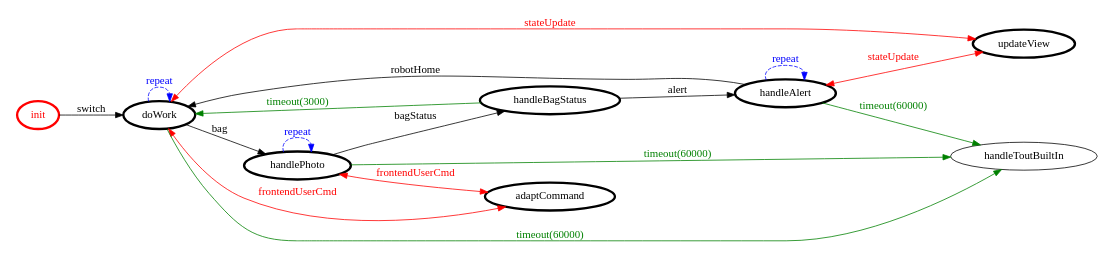
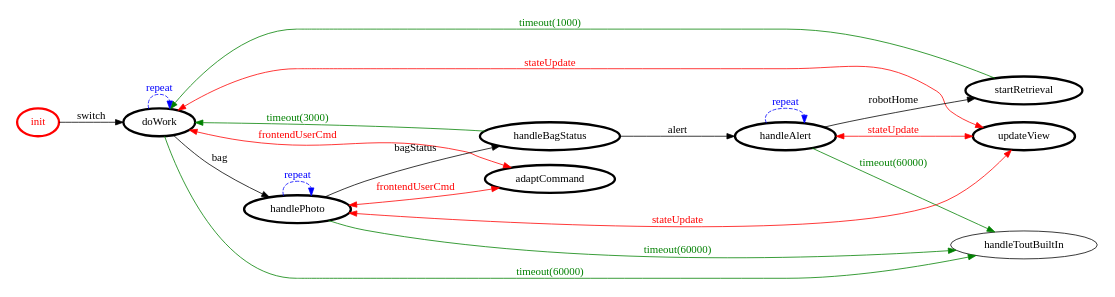
The diagram in project/srcMore/it/unibo/console/console.gv (NiccoMlt/ISS-2018-Final-Task), drawn with Graphviz before and after one commit. The commit also changed 16 other files, not shown here.

```diff
--- a/project/srcMore/it/unibo/console/console.gv
+++ b/project/srcMore/it/unibo/console/console.gv
@@ -1,36 +1,39 @@
 /*
 *
 * A GraphViz DOT FSM description 
 * Please use a GraphViz visualizer (like http://www.webgraphviz.com)
 *  
 */
 
 digraph finite_state_machine {
 	rankdir=LR
 	size="8,5"
 	
 	init [ color = red ][ fontcolor = red ][ penwidth = 3 ]
+	startRetrieval [ color = black ][ fontcolor = black ][ penwidth = 3 ]
 	updateView [ color = black ][ fontcolor = black ][ penwidth = 3 ]
 	doWork [ color = black ][ fontcolor = black ][ penwidth = 3 ]
 	handlePhoto [ color = black ][ fontcolor = black ][ penwidth = 3 ]
 	adaptCommand [ color = black ][ fontcolor = black ][ penwidth = 3 ]
 	handleBagStatus [ color = black ][ fontcolor = black ][ penwidth = 3 ]
 	handleAlert [ color = black ][ fontcolor = black ][ penwidth = 3 ]
 	
 	doWork -> handlePhoto [ label = "bag" ][ color = black ][ fontcolor = black ]
 	doWork -> handleToutBuiltIn [ label = "timeout(60000)" ][ color = green ][ fontcolor = green ]
+	handlePhoto -> updateView [ label = "stateUpdate" ][ color = red ][ fontcolor = red ][ dir = both ]
 	handlePhoto -> handleToutBuiltIn [ label = "timeout(60000)" ][ color = green ][ fontcolor = green ]
 	doWork -> updateView [ label = "stateUpdate" ][ color = red ][ fontcolor = red ][ dir = both ]
+	startRetrieval -> doWork [ label = "timeout(1000)" ][ color = green ][ fontcolor = green ]
 	doWork -> doWork [ label = "repeat "][ style = dashed ][ color = blue ][ fontcolor = blue ]
 	handleBagStatus -> handleAlert [ label = "alert" ][ color = black ][ fontcolor = black ]
 	handlePhoto -> adaptCommand [ label = "frontendUserCmd" ][ color = red ][ fontcolor = red ][ dir = both ]
 	handleAlert -> updateView [ label = "stateUpdate" ][ color = red ][ fontcolor = red ][ dir = both ]
 	init -> doWork [ label = "switch" ][ color = black ][ fontcolor = black ]
 	handlePhoto -> handleBagStatus [ label = "bagStatus" ][ color = black ][ fontcolor = black ]
 	handleAlert -> handleAlert [ label = "repeat "][ style = dashed ][ color = blue ][ fontcolor = blue ]
 	handleBagStatus -> doWork [ label = "timeout(3000)" ][ color = green ][ fontcolor = green ]
 	handlePhoto -> handlePhoto [ label = "repeat "][ style = dashed ][ color = blue ][ fontcolor = blue ]
 	handleAlert -> handleToutBuiltIn [ label = "timeout(60000)" ][ color = green ][ fontcolor = green ]
+	handleAlert -> startRetrieval [ label = "robotHome" ][ color = black ][ fontcolor = black ]
 	doWork -> adaptCommand [ label = "frontendUserCmd" ][ color = red ][ fontcolor = red ][ dir = both ]
-	handleAlert -> doWork [ label = "robotHome" ][ color = black ][ fontcolor = black ]
 }
```
